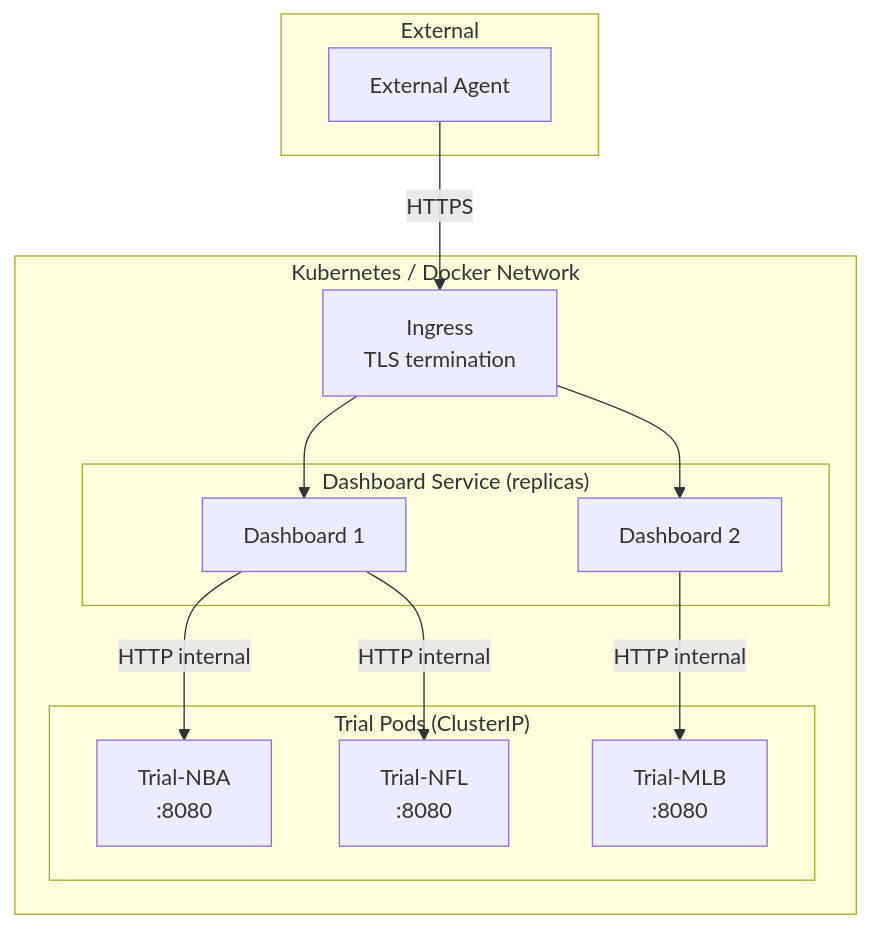
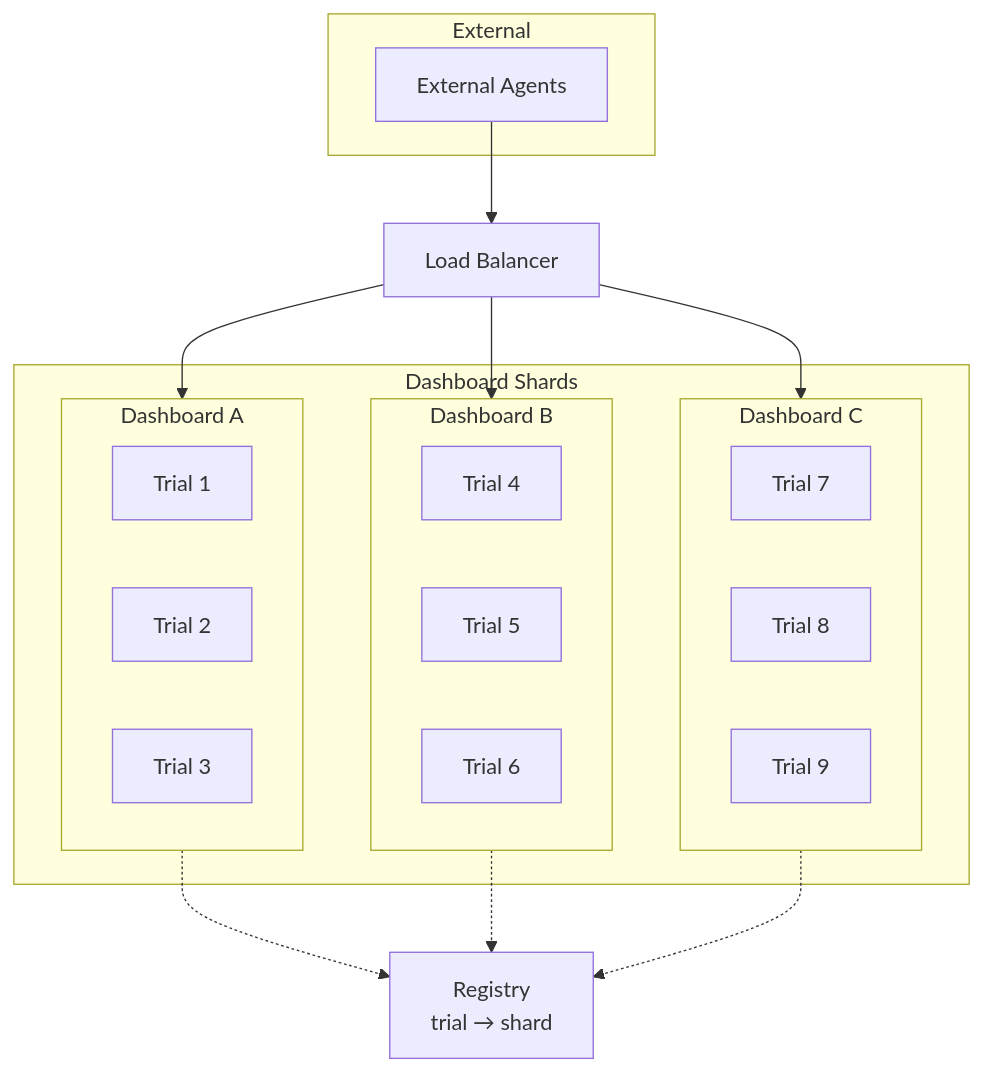
Before and after one commit to agentscope-ai/DojoZero: the fourth of 7 diagrams in design/2026-02-17-external-agent-api.md, drawn with Mermaid. The commit also changed other lines of this file, not shown here.

Commit message:
update doc: sharded dashboard server over containerization of trials

````diff
--- a/design/2026-02-17-external-agent-api.md
+++ b/design/2026-02-17-external-agent-api.md
@@ -99,28 +101,38 @@
 ```mermaid
 graph TB
     subgraph External
-        EA["External Agent"]
+        EA["External Agents"]
     end
 
-    subgraph Cluster["Kubernetes / Docker Network"]
-        ING["Ingress<br/>TLS termination"]
+    LB["Load Balancer"]
 
-        subgraph Dashboard["Dashboard Service (replicas)"]
-            DS1["Dashboard 1"]
-            DS2["Dashboard 2"]
+    subgraph Cluster["Dashboard Shards"]
+        subgraph DA["Dashboard A"]
+            T1["Trial 1"]
+            T2["Trial 2"]
+            T3["Trial 3"]
         end
 
-        subgraph Trials["Trial Pods (ClusterIP)"]
-            TA["Trial-NBA<br/>:8080"]
-            TB["Trial-NFL<br/>:8080"]
-            TC["Trial-MLB<br/>:8080"]
+        subgraph DB["Dashboard B"]
+            T4["Trial 4"]
+            T5["Trial 5"]
+            T6["Trial 6"]
+        end
+
+        subgraph DC["Dashboard C"]
+            T7["Trial 7"]
+            T8["Trial 8"]
+            T9["Trial 9"]
         end
     end
 
-    EA -->|HTTPS| ING
-    ING --> DS1
-    ING --> DS2
-    DS1 -->|HTTP internal| TA
-    DS1 -->|HTTP internal| TB
-    DS2 -->|HTTP internal| TC
+    REG["Registry<br/>trial → shard"]
+
+    EA --> LB
+    LB --> DA
+    LB --> DB
+    LB --> DC
+    DA -.-> REG
+    DB -.-> REG
+    DC -.-> REG
 ```
````
